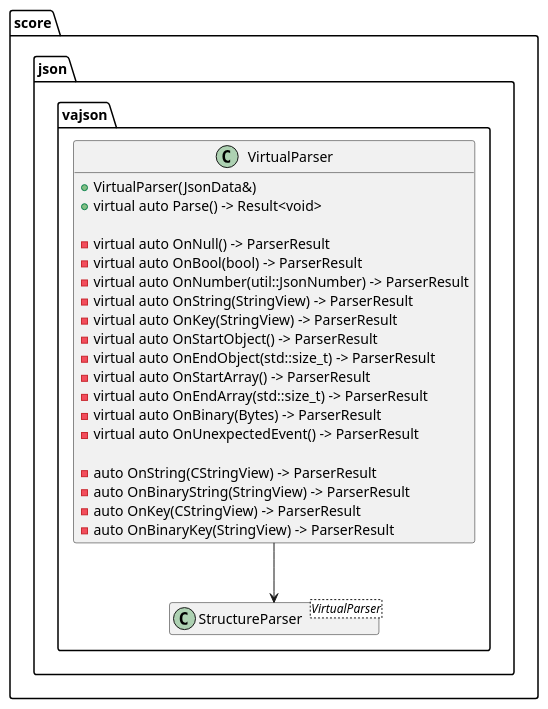
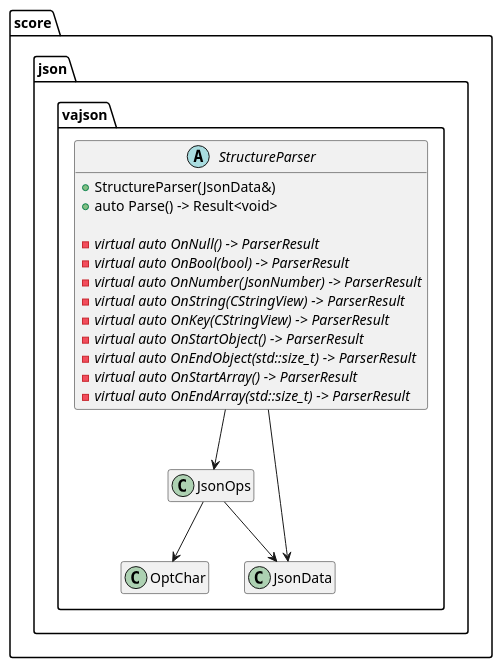
Before and after one commit to eclipse-score/baselibs: the first of 3 diagrams in score/json/docs/vajson/detailed_design/logical/Reader.rst, drawn with PlantUML. The commit also changed other lines of this file and 3 other files, not shown here.

First line of the commit message:
json parser: update the vaJson reader design docs

```diff
--- a/score/json/docs/vajson/detailed_design/logical/Reader.rst
+++ b/score/json/docs/vajson/detailed_design/logical/Reader.rst
@@ -93,37 +88,39 @@
 .. uml::
 
     @startuml
     hide empty members
 
     package "score" {
       package "json" {
         package "vajson" {
-        class VirtualParser {
-          + VirtualParser(JsonData&)
-          + virtual auto Parse() -> Result<void>
+          abstract class StructureParser {
+            + StructureParser(JsonData&)
+            + auto Parse() -> Result<void>
 
-          - virtual auto OnNull() -> ParserResult
-          - virtual auto OnBool(bool) -> ParserResult
-          - virtual auto OnNumber(util::JsonNumber) -> ParserResult
-          - virtual auto OnString(StringView) -> ParserResult
-          - virtual auto OnKey(StringView) -> ParserResult
-          - virtual auto OnStartObject() -> ParserResult
-          - virtual auto OnEndObject(std::size_t) -> ParserResult
-          - virtual auto OnStartArray() -> ParserResult
-          - virtual auto OnEndArray(std::size_t) -> ParserResult
-          - virtual auto OnBinary(Bytes) -> ParserResult
-          - virtual auto OnUnexpectedEvent() -> ParserResult
+            - {abstract} virtual auto OnNull() -> ParserResult
+            - {abstract} virtual auto OnBool(bool) -> ParserResult
+            - {abstract} virtual auto OnNumber(JsonNumber) -> ParserResult
+            - {abstract} virtual auto OnString(CStringView) -> ParserResult
+            - {abstract} virtual auto OnKey(CStringView) -> ParserResult
+            - {abstract} virtual auto OnStartObject() -> ParserResult
+            - {abstract} virtual auto OnEndObject(std::size_t) -> ParserResult
+            - {abstract} virtual auto OnStartArray() -> ParserResult
+            - {abstract} virtual auto OnEndArray(std::size_t) -> ParserResult
+          }
 
-          - auto OnString(CStringView) -> ParserResult
-          - auto OnBinaryString(StringView) -> ParserResult
-          - auto OnKey(CStringView) -> ParserResult
-          - auto OnBinaryKey(StringView) -> ParserResult
-        }
+          class OptChar {}
 
-        class StructureParser<VirtualParser>
+          class JsonOps {}
+
+          class JsonData {}
         }
       }
     }
 
-    VirtualParser --> StructureParser
+    StructureParser --> JsonOps
+
+    StructureParser --> JsonData
+
+    JsonOps --> JsonData
+    JsonOps --> OptChar
     @enduml
```
